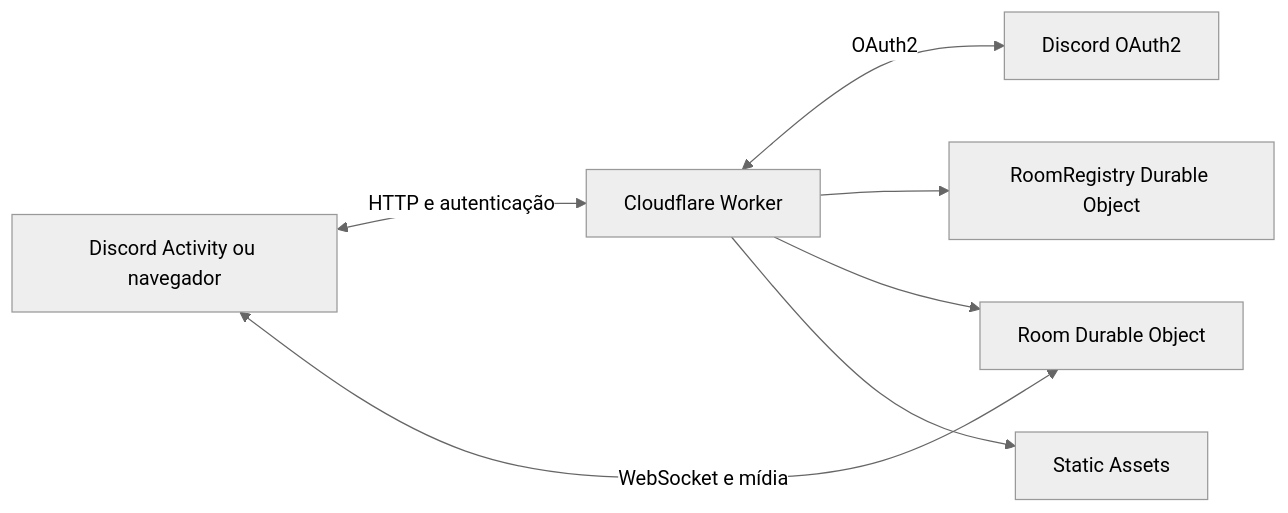
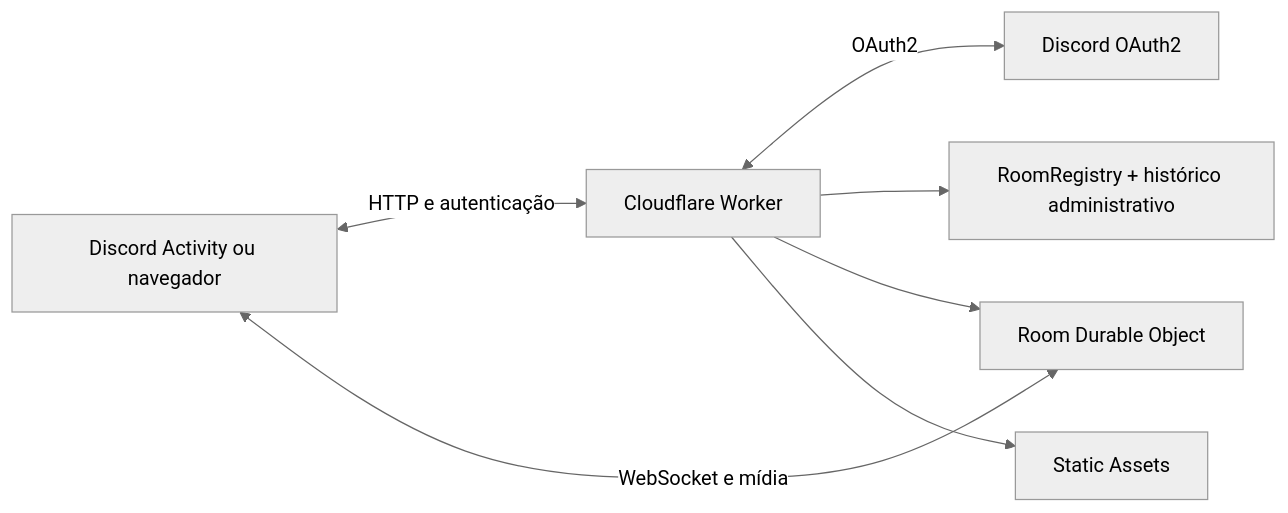
The diagram in README.md (wnd-studio/discord-screen), drawn with Mermaid (neutral theme) before and after one commit. The commit also changed other lines of this file and 19 other files, not shown here.

````diff
--- a/README.md
+++ b/README.md
@@ -119,16 +134,16 @@
 ```mermaid
 flowchart LR
     U[Discord Activity ou navegador]
     W[Cloudflare Worker]
     D[Discord OAuth2]
-    G[RoomRegistry Durable Object]
+    G[RoomRegistry + histórico administrativo]
     R[Room Durable Object]
     A[Static Assets]
 
     U <-->|HTTP e autenticação| W
     U <-->|WebSocket e mídia| R
     W <-->|OAuth2| D
     W --> G
     W --> R
     W --> A
 ```
````
